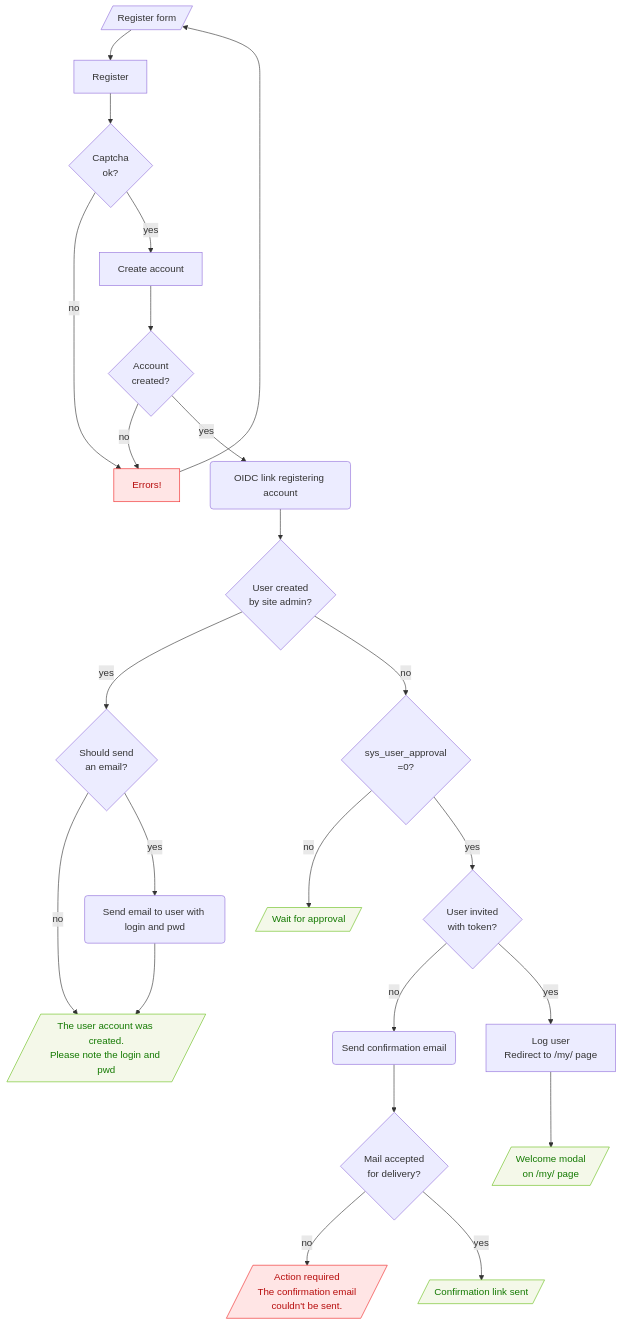
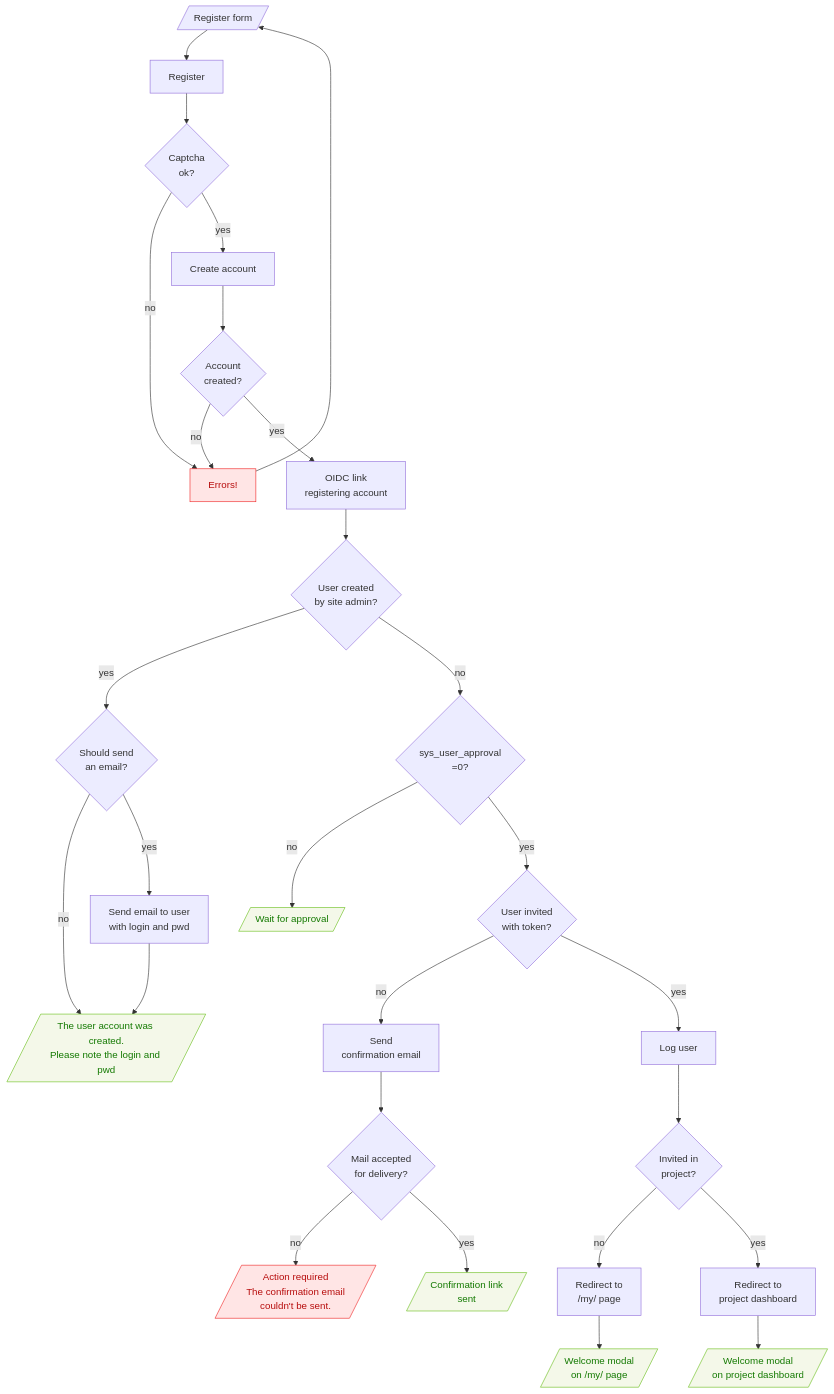
The diagram in languages/en/developer-guide/back-end/flowcharts.rst (Enalean/tuleap-documentation-en), drawn with Mermaid before and after one commit. The commit also changed other lines of this file, not shown here.

Commit message:
Complement user registration flowchart for project invitation
When users are invited into a project, they are not redirected to my,
they are redirected to project dashboard.

Part of [story #30021][0]: Invite buddies to my Tuleap project

[0]: https://tuleap.net/plugins/tracker/?aid=30021

```diff
--- a/languages/en/developer-guide/back-end/flowcharts.rst
+++ b/languages/en/developer-guide/back-end/flowcharts.rst
@@ -16,38 +16,45 @@
 .. mermaid::
 
     graph TD
         Start[/Register form/] --> Register
 
         Register --> captcha{Captcha <br>ok?}
         captcha -->|no| Errors!
         captcha -->|yes| create[Create account]
 
         Errors! --> Start
 
         create --> created?{Account <br>created?}
         created? -->|no| Errors!:::danger
-        created? -->|yes| oidc(OIDC link registering account)
+        created? -->|yes| oidc[OIDC link<br> registering account]
 
         oidc --> admin?{User created <br> by site admin?}
         email? -->|no| admin_creation[/The user account was created.<br>Please note the login and pwd/]:::success
         admin? -->|yes| email?{Should send <br>an email?}
 
         admin? -->|no| no_approval?{sys_user_approval<br>=0?}
-        email? -->|yes| email(Send email to user with login and pwd)
+        email? -->|yes| email[Send email to user<br> with login and pwd]
 
         email --> admin_creation
 
         no_approval? -->|no| approval![/Wait for approval/]:::success
         no_approval? -->|yes| invitation?{User invited<br>with token?}
 
-        invitation? --> |no| confirmation(Send confirmation email)
-        invitation? --> |yes| my[Log user<br>Redirect to /my/ page]
+        invitation? --> |no| confirmation[Send<br> confirmation email]
+        invitation? --> |yes| log[Log user]
 
-        my --> welcome[/Welcome modal<br>on /my/ page/]:::success
+        log --> in_project?{Invited in<br> project?}
+
+        in_project? -->|no| my[Redirect to<br> /my/ page]
+        in_project? -->|yes| project[Redirect to<br> project dashboard]
+
+        project --> welcome_project[/Welcome modal<br>on project dashboard/]:::success
+
+        my --> welcome_my[/Welcome modal<br>on /my/ page/]:::success
 
         confirmation --> delivery?{Mail accepted <br>for delivery?}
         delivery? -->|no| nodelivery[/Action required<br>The confirmation email<br>couldn't be sent./]:::danger
-        delivery? -->|yes| sent![/Confirmation link sent/]:::success
+        delivery? -->|yes| sent![/Confirmation link<br> sent/]:::success
 
         classDef success fill:#f4f8e9,stroke:#6abf1d,color:#137900
         classDef danger fill:#ffe5e5,stroke:#f02727,color:#b70d0d
```
